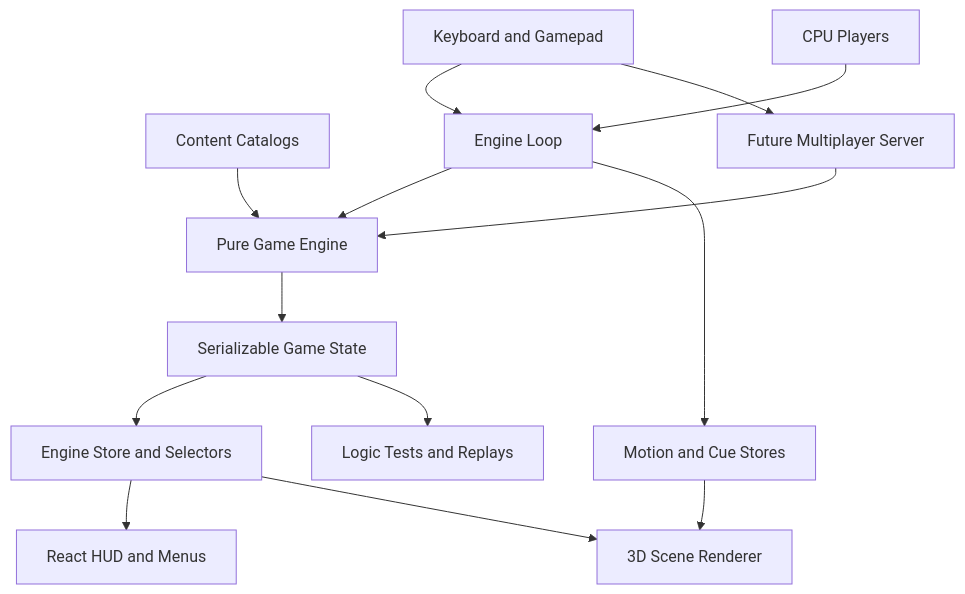
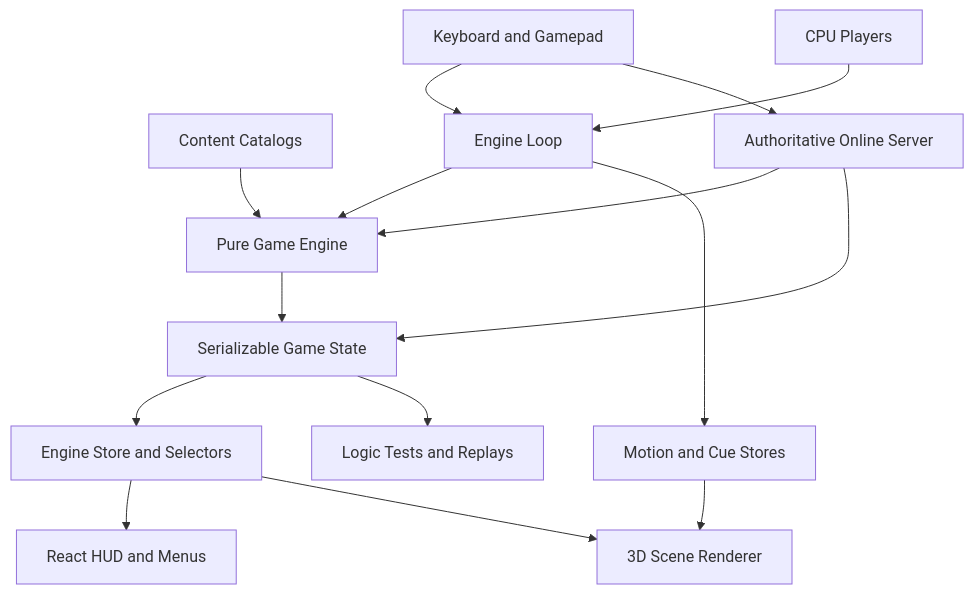
The diagram in docs/ARCHITECTURE.md (alidin000/Bomberman), drawn with Mermaid before and after one commit. The commit also changed other lines of this file and 28 other files, not shown here.

Commit message:
Add server-authoritative online multiplayer

````diff
--- a/docs/ARCHITECTURE.md
+++ b/docs/ARCHITECTURE.md
@@ -12,16 +12,17 @@
 ```mermaid
 flowchart TD
   contentCatalogs[Content Catalogs] --> gameEngine[Pure Game Engine]
   inputLayer[Keyboard and Gamepad] --> engineLoop[Engine Loop]
   cpuPlayers[CPU Players] --> engineLoop
   engineLoop --> gameEngine
   gameEngine --> gameState[Serializable Game State]
   engineLoop --> motionCues[Motion and Cue Stores]
   gameState --> engineStore[Engine Store and Selectors]
   engineStore --> hudUi[React HUD and Menus]
   engineStore --> threeScene[3D Scene Renderer]
   motionCues --> threeScene
   gameState --> tests[Logic Tests and Replays]
-  futureNetwork[Future Multiplayer Server] --> gameEngine
-  inputLayer --> futureNetwork
+  onlineServer[Authoritative Online Server] --> gameEngine
+  inputLayer --> onlineServer
+  onlineServer --> gameState
 ```
````
